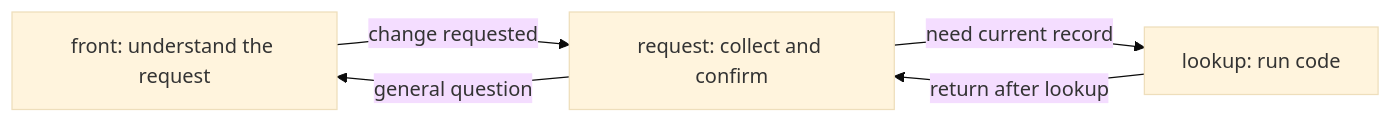
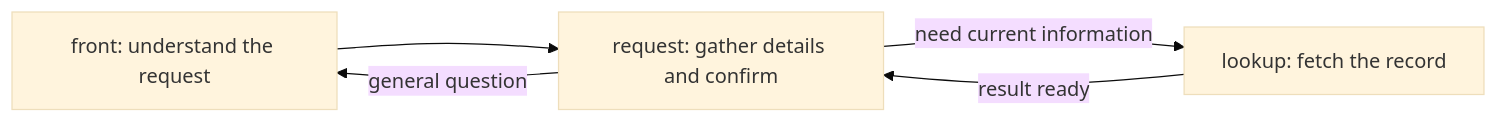
One commit to slng-ai/unmute-beat changed the first of 2 diagrams in docs/architecture/02-a-conversation-from-start-to-finish.md. Above: the diagram before and after it, drawn with Mermaid (base theme). The commit also changed other lines of this file and 6 other files, not shown here.

Commit message:
Explain architecture through a beginner conversation walkthrough

````diff
--- a/docs/architecture/02-a-conversation-from-start-to-finish.md
+++ b/docs/architecture/02-a-conversation-from-start-to-finish.md
@@ -21,7 +19,7 @@
 ```mermaid
 flowchart LR
-    Front["front: understand the request"] -->|"change requested"| Request["request: collect and confirm"]
-    Request -->|"need current record"| Lookup["lookup: run code"]
-    Lookup -->|"return after lookup"| Request
+    Front["front: understand the request"] --> Request["request: gather details and confirm"]
+    Request -->|"need current information"| Lookup["lookup: fetch the record"]
+    Lookup -->|"result ready"| Request
     Request -->|"general question"| Front
 ```
````
